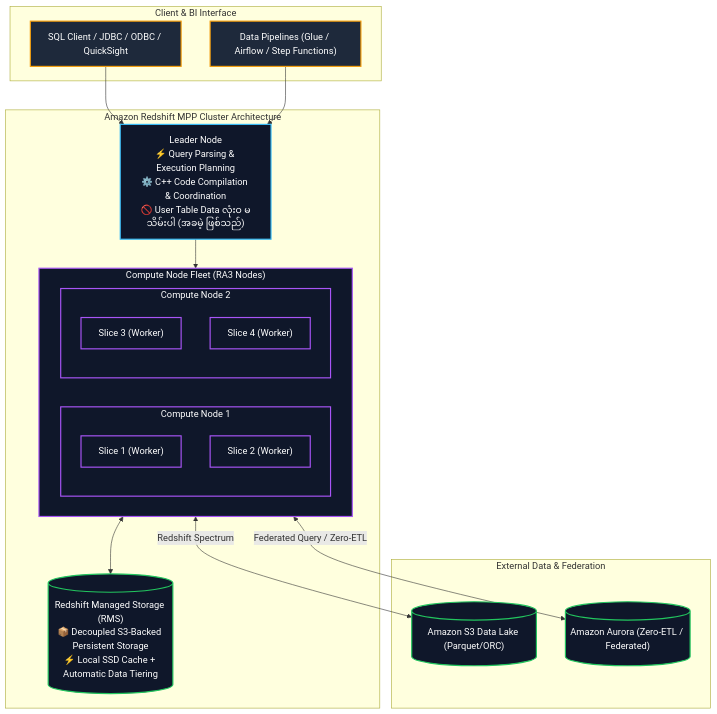
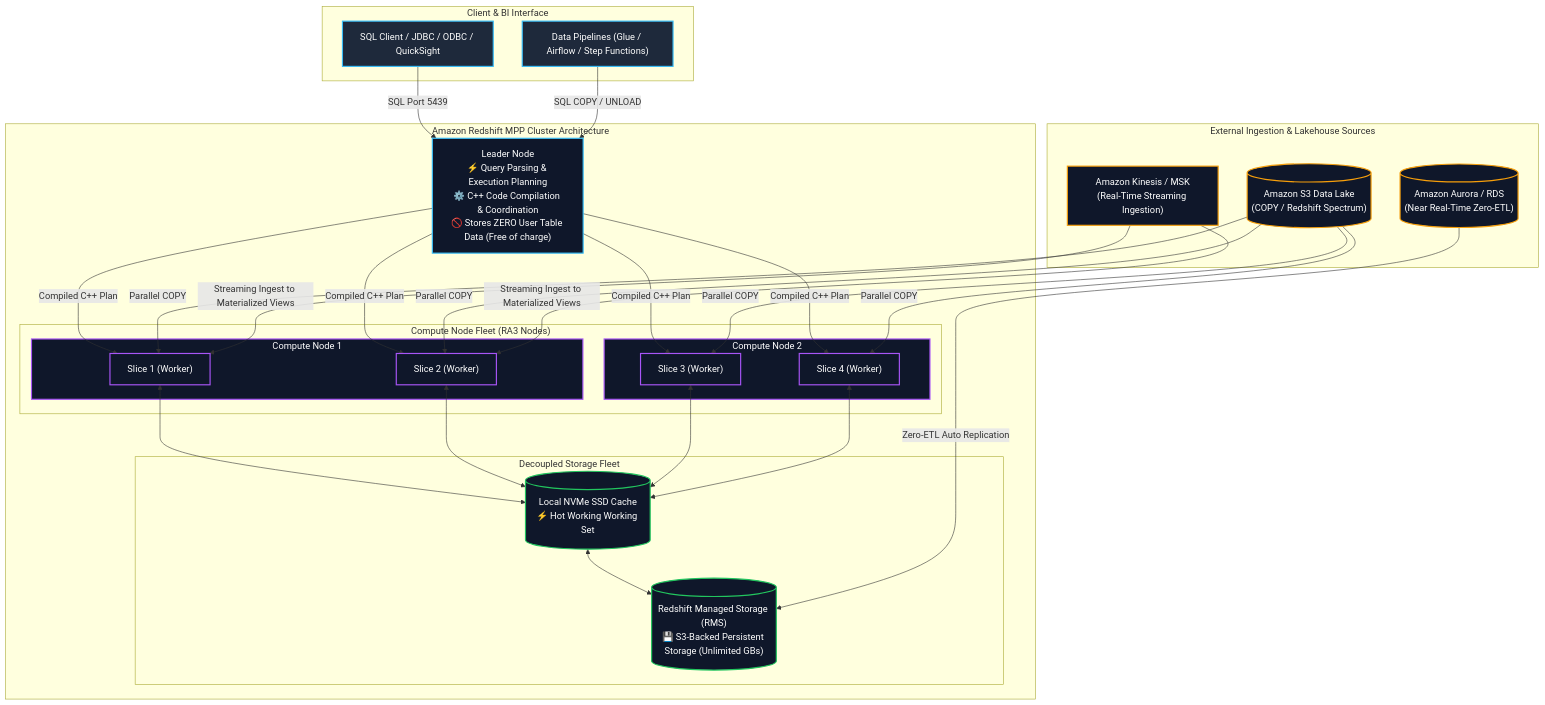
The first of 8 diagrams in content/mm/02-services/database/redshift.md (Wathon/aws-dea-c01-note), drawn with Mermaid before and after one commit. The commit also changed other lines of this file and 41 other files, not shown here.

````diff
--- a/content/mm/02-services/database/redshift.md
+++ b/content/mm/02-services/database/redshift.md
@@ -34,47 +42,61 @@
 ```mermaid
 graph TB
     subgraph ClientLayer["Client & BI Interface"]
         SQLClient["SQL Client / JDBC / ODBC / QuickSight"]
         ETLPipelines["Data Pipelines (Glue / Airflow / Step Functions)"]
     end
 
     subgraph Cluster["Amazon Redshift MPP Cluster Architecture"]
-        LeaderNode["Leader Node<br/>⚡ Query Parsing & Execution Planning<br/>⚙️ C++ Code Compilation & Coordination<br/>🚫 User Table Data လုံးဝ မသိမ်းပါ (အခမဲ့ ဖြစ်သည်)"]
+        LeaderNode["Leader Node<br/>⚡ Query Parsing & Execution Planning<br/>⚙️ C++ Code Compilation & Coordination<br/>🚫 Stores ZERO User Table Data (Free of charge)"]
 
         subgraph ComputeNodes["Compute Node Fleet (RA3 Nodes)"]
             subgraph CN1["Compute Node 1"]
                 Slice1["Slice 1 (Worker)"]
                 Slice2["Slice 2 (Worker)"]
             end
             subgraph CN2["Compute Node 2"]
                 Slice3["Slice 3 (Worker)"]
                 Slice4["Slice 4 (Worker)"]
             end
         end
 
-        RMS[("Redshift Managed Storage (RMS)<br/>📦 Decoupled S3-Backed Persistent Storage<br/>⚡ Local SSD Cache + Automatic Data Tiering")]
+        subgraph StorageLayer["Decoupled Storage Fleet"]
+            SSDLocal[("Local NVMe SSD Cache<br/>⚡ Hot Working Working Set")]
+            RMSStorage[("Redshift Managed Storage (RMS)<br/>💾 S3-Backed Persistent Storage (Unlimited GBs)")]
+        end
     end
 
-    subgraph ExternalSources["External Data & Federation"]
-        S3Lake[("Amazon S3 Data Lake (Parquet/ORC)")]
-        AuroraDB[("Amazon Aurora (Zero-ETL / Federated)")]
+    subgraph ExternalSources["External Ingestion & Lakehouse Sources"]
+        S3Bucket[("Amazon S3 Data Lake<br/>(COPY / Redshift Spectrum)")]
+        KinesisStream["Amazon Kinesis / MSK<br/>(Real-Time Streaming Ingestion)"]
+        AuroraZeroETL[("Amazon Aurora / RDS<br/>(Near Real-Time Zero-ETL)")]
     end
 
-    SQLClient --> LeaderNode
-    ETLPipelines --> LeaderNode
+    SQLClient -->|"SQL Port 5439"| LeaderNode
+    ETLPipelines -->|"SQL COPY / UNLOAD"| LeaderNode
 
-    LeaderNode --> ComputeNodes
-    ComputeNodes <--> RMS
-    ComputeNodes <-->|"Redshift Spectrum"| S3Lake
-    ComputeNodes <-->|"Federated Query / Zero-ETL"| AuroraDB
+    LeaderNode -->|"Compiled C++ Plan"| Slice1
+    LeaderNode -->|"Compiled C++ Plan"| Slice2
+    LeaderNode -->|"Compiled C++ Plan"| Slice3
+    LeaderNode -->|"Compiled C++ Plan"| Slice4
 
-    classDef client fill:#1e293b,stroke:#f59e0b,stroke-width:2px,color:#fff;
+    Slice1 & Slice2 <--> SSDLocal
+    Slice3 & Slice4 <--> SSDLocal
+    SSDLocal <--> RMSStorage
+
+    S3Bucket -->|"Parallel COPY"| Slice1 & Slice2 & Slice3 & Slice4
+    KinesisStream -->|"Streaming Ingest to Materialized Views"| Slice1 & Slice2
+    AuroraZeroETL -->|"Zero-ETL Auto Replication"| RMSStorage
+
+    classDef client fill:#1e293b,stroke:#38bdf8,stroke-width:2px,color:#fff;
     classDef leader fill:#0f172a,stroke:#38bdf8,stroke-width:2px,color:#fff;
     classDef comp fill:#0f172a,stroke:#a855f7,stroke-width:2px,color:#fff;
     classDef store fill:#0f172a,stroke:#22c55e,stroke-width:2px,color:#fff;
+    classDef ext fill:#0f172a,stroke:#f59e0b,stroke-width:2px,color:#fff;
 
     class SQLClient,ETLPipelines client;
     class LeaderNode leader;
-    class ComputeNodes,CN1,CN2,Slice1,Slice2,Slice3,Slice4 comp;
-    class RMS,S3Lake,AuroraDB store;
+    class Slice1,Slice2,Slice3,Slice4,CN1,CN2 comp;
+    class SSDLocal,RMSStorage store;
+    class S3Bucket,KinesisStream,AuroraZeroETL ext;
 ```
````
